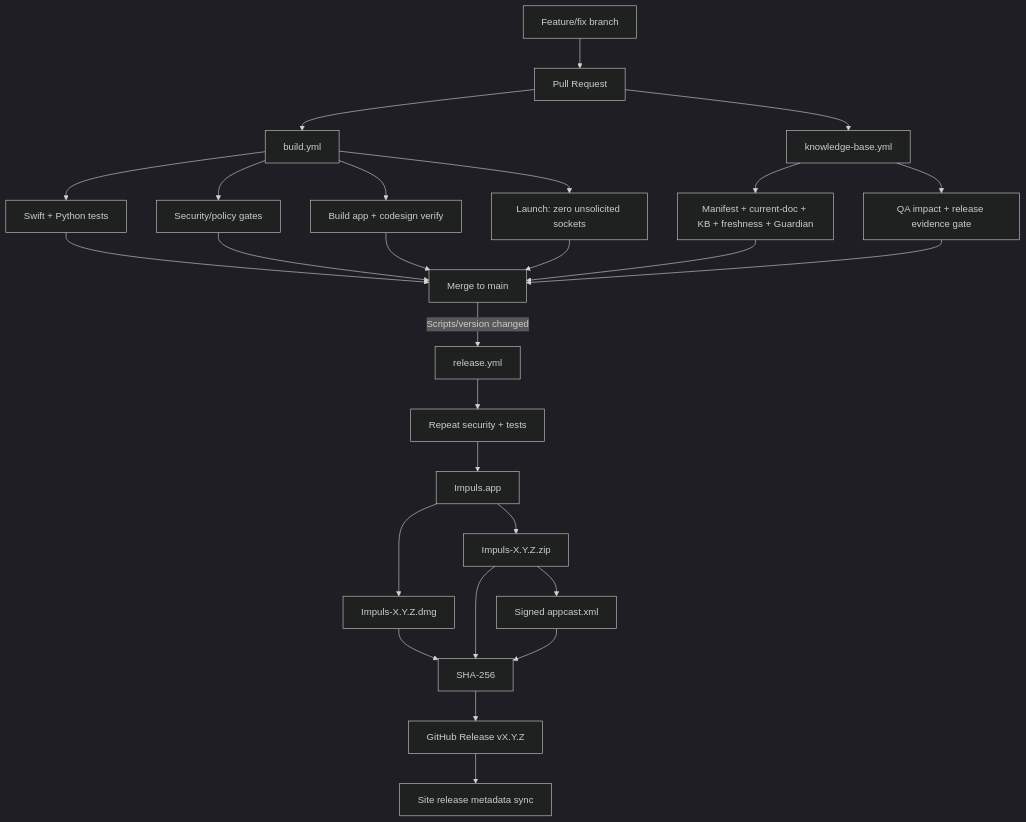
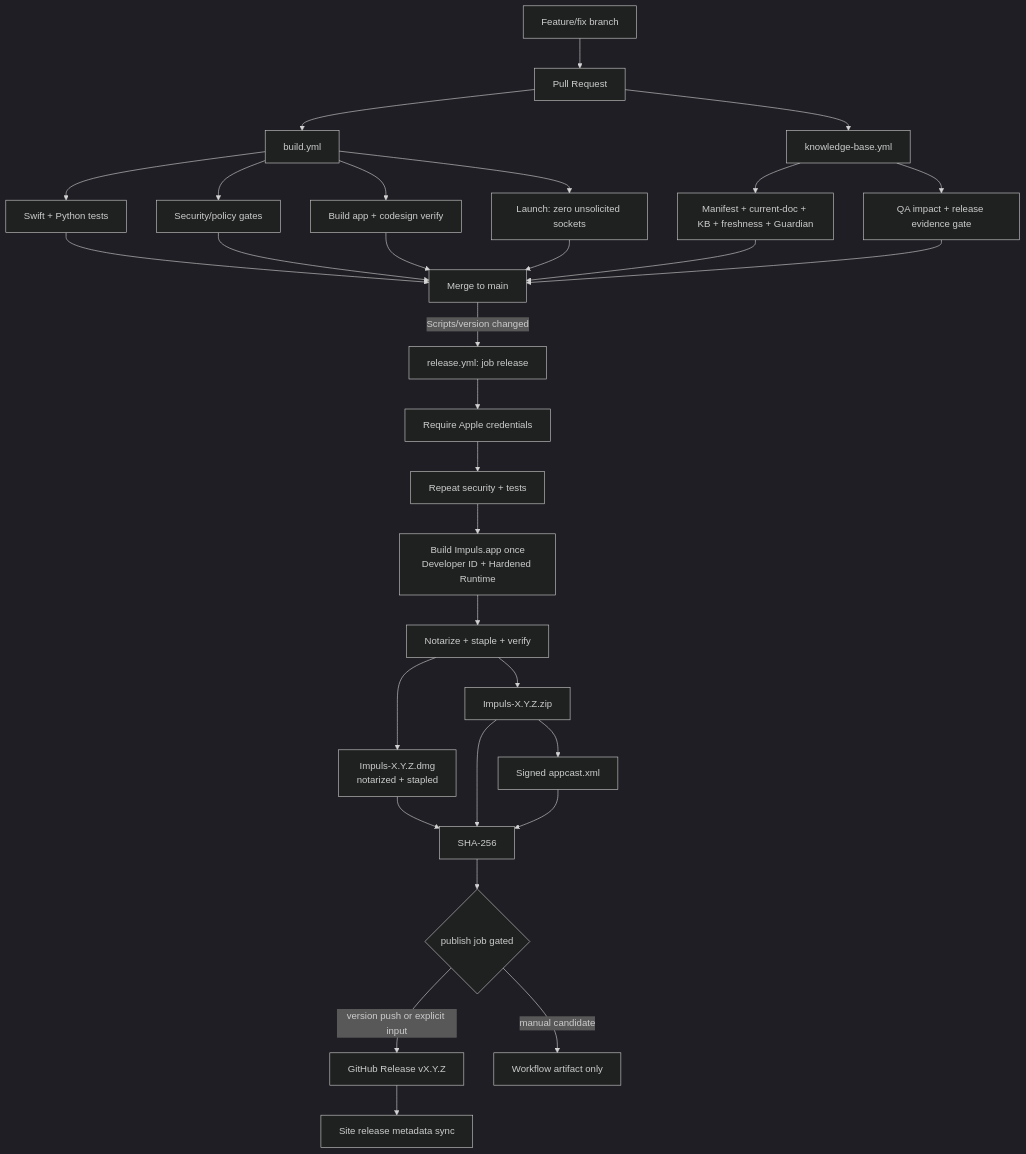
One commit to TumanovNV/impuls changed the diagram in knowledge-base/05-release/release-pipeline.md. Above: the diagram before and after it, drawn with Mermaid (dark theme). The commit also changed other lines of this file and 7 other files, not shown here.

````diff
--- a/knowledge-base/05-release/release-pipeline.md
+++ b/knowledge-base/05-release/release-pipeline.md
@@ -15,29 +15,33 @@
 ```mermaid
 flowchart TD
     A[Feature/fix branch] --> PR[Pull Request]
     PR --> BUILD[build.yml]
     PR --> KB[knowledge-base.yml]
     BUILD --> T1[Swift + Python tests]
     BUILD --> POL[Security/policy gates]
     BUILD --> BUNDLE[Build app + codesign verify]
     BUILD --> SMOKE[Launch: zero unsolicited sockets]
     KB --> DOC[Manifest + current-doc + KB + freshness + Guardian]
     KB --> QAI[QA impact + release evidence gate]
     T1 --> MERGE[Merge to main]
     POL --> MERGE
     BUNDLE --> MERGE
     SMOKE --> MERGE
     DOC --> MERGE
     QAI --> MERGE
-    MERGE -->|Scripts/version changed| REL[release.yml]
-    REL --> VERIFY[Repeat security + tests]
-    VERIFY --> APP[Impuls.app]
-    APP --> DMG[Impuls-X.Y.Z.dmg]
-    APP --> ZIP[Impuls-X.Y.Z.zip]
+    MERGE -->|Scripts/version changed| REL[release.yml: job release]
+    REL --> CRED[Require Apple credentials]
+    CRED --> VERIFY[Repeat security + tests]
+    VERIFY --> APP[Build Impuls.app once\nDeveloper ID + Hardened Runtime]
+    APP --> NOT[Notarize + staple + verify]
+    NOT --> DMG[Impuls-X.Y.Z.dmg\nnotarized + stapled]
+    NOT --> ZIP[Impuls-X.Y.Z.zip]
     ZIP --> APPCAST[Signed appcast.xml]
     DMG --> SHA[SHA-256]
     ZIP --> SHA
     APPCAST --> SHA
-    SHA --> GH[GitHub Release vX.Y.Z]
+    SHA --> PUB{publish job gated}
+    PUB -->|version push or explicit input| GH[GitHub Release vX.Y.Z]
+    PUB -->|manual candidate| RC[Workflow artifact only]
     GH --> SITE[Site release metadata sync]
 ```
````
